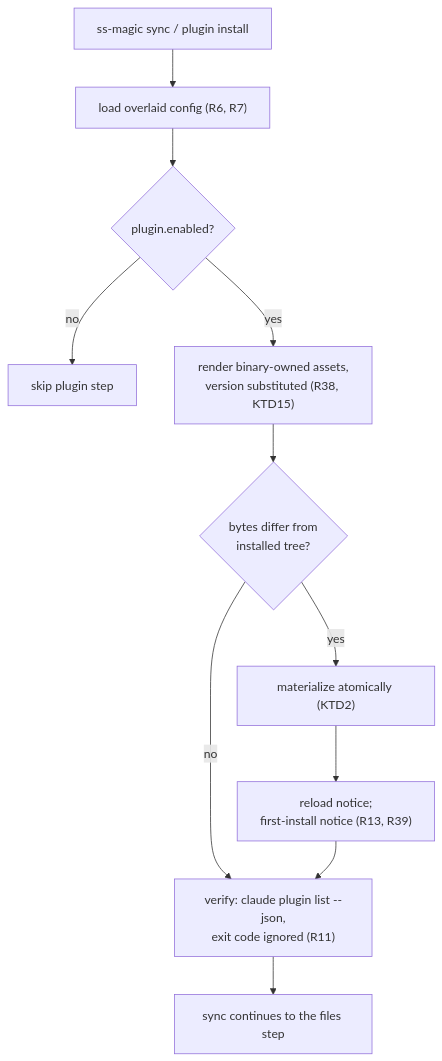
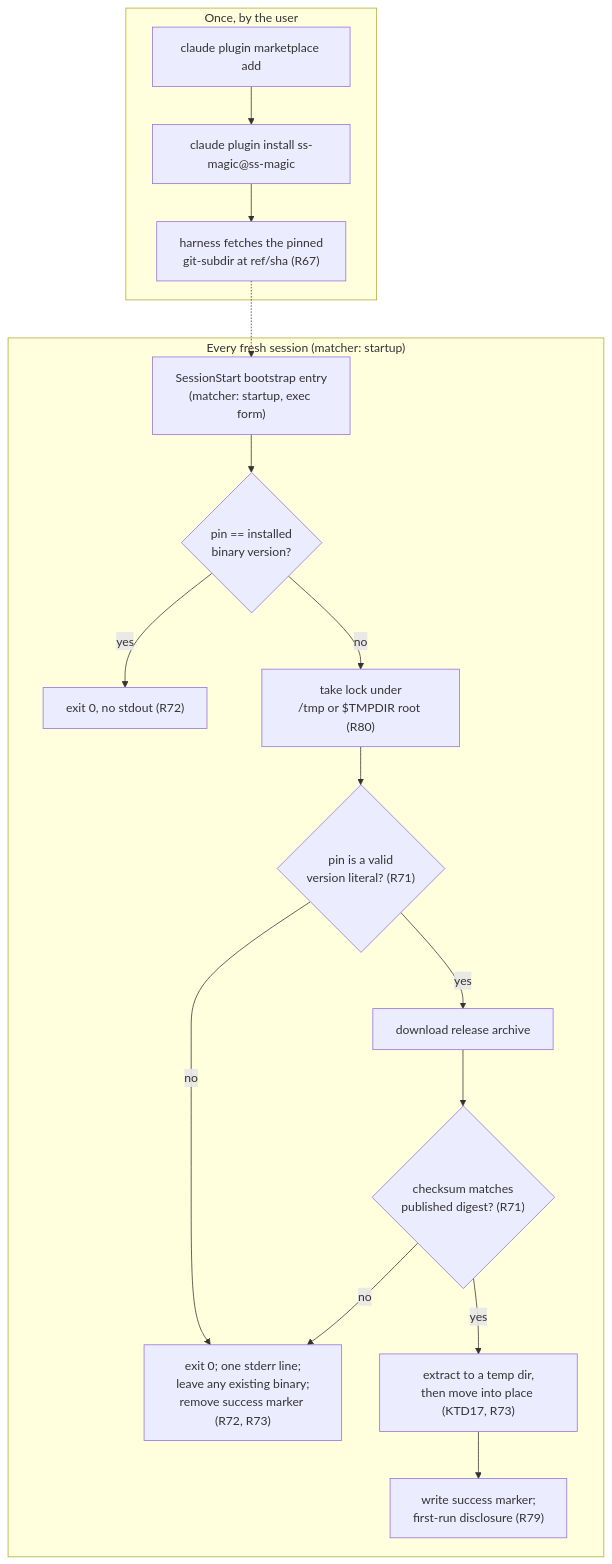
The third of 4 diagrams in docs/plans/2026-08-29-001-feat-ss-magic-claude-plugin-plan.md (ViktorStiskala/superset-magic), drawn with Mermaid before and after one commit. The commit also changed other lines of this file and 8 other files, not shown here.

First line of the commit message:
docs(plan): relocate plugin state, then move to marketplace-only delivery

````diff
--- a/docs/plans/2026-08-29-001-feat-ss-magic-claude-plugin-plan.md
+++ b/docs/plans/2026-08-29-001-feat-ss-magic-claude-plugin-plan.md
@@ -333,11 +470,20 @@
 ```mermaid
 flowchart TB
-  SYNC["ss-magic sync / plugin install"] --> LOAD["load overlaid config (R6, R7)"]
-  LOAD --> EN{"plugin.enabled?"}
-  EN -- no --> SKIP["skip plugin step"]
-  EN -- yes --> REND["render binary-owned assets,<br/>version substituted (R38, KTD15)"]
-  REND --> CMP{"bytes differ from<br/>installed tree?"}
-  CMP -- no --> VER["verify: claude plugin list --json,<br/>exit code ignored (R11)"]
-  CMP -- yes --> MAT["materialize atomically (KTD2)"] --> NOTE["reload notice;<br/>first-install notice (R13, R39)"] --> VER
-  VER --> CONT["sync continues to the files step"]
+  subgraph once["Once, by the user"]
+    ADD["claude plugin marketplace add"] --> INST["claude plugin install ss-magic@ss-magic"]
+    INST --> FETCH["harness fetches the pinned<br/>git-subdir at ref/sha (R67)"]
+  end
+  subgraph every["Every fresh session (matcher: startup)"]
+    SS["SessionStart bootstrap entry<br/>(matcher: startup, exec form)"] --> CMP{"pin == installed<br/>binary version?"}
+    CMP -- yes --> QUIET["exit 0, no stdout (R72)"]
+    CMP -- no --> LOCK["take lock under<br/>/tmp or $TMPDIR root (R80)"]
+    LOCK --> VAL{"pin is a valid<br/>version literal? (R71)"}
+    VAL -- no --> FAIL
+    VAL -- yes --> DL["download release archive"]
+    DL --> SUM{"checksum matches<br/>published digest? (R71)"}
+    SUM -- no --> FAIL["exit 0; one stderr line;<br/>leave any existing binary;<br/>remove success marker (R72, R73)"]
+    SUM -- yes --> MV["extract to a temp dir,<br/>then move into place (KTD17, R73)"]
+    MV --> MARK["write success marker;<br/>first-run disclosure (R79)"]
+  end
+  FETCH -.-> SS
 ```
````
